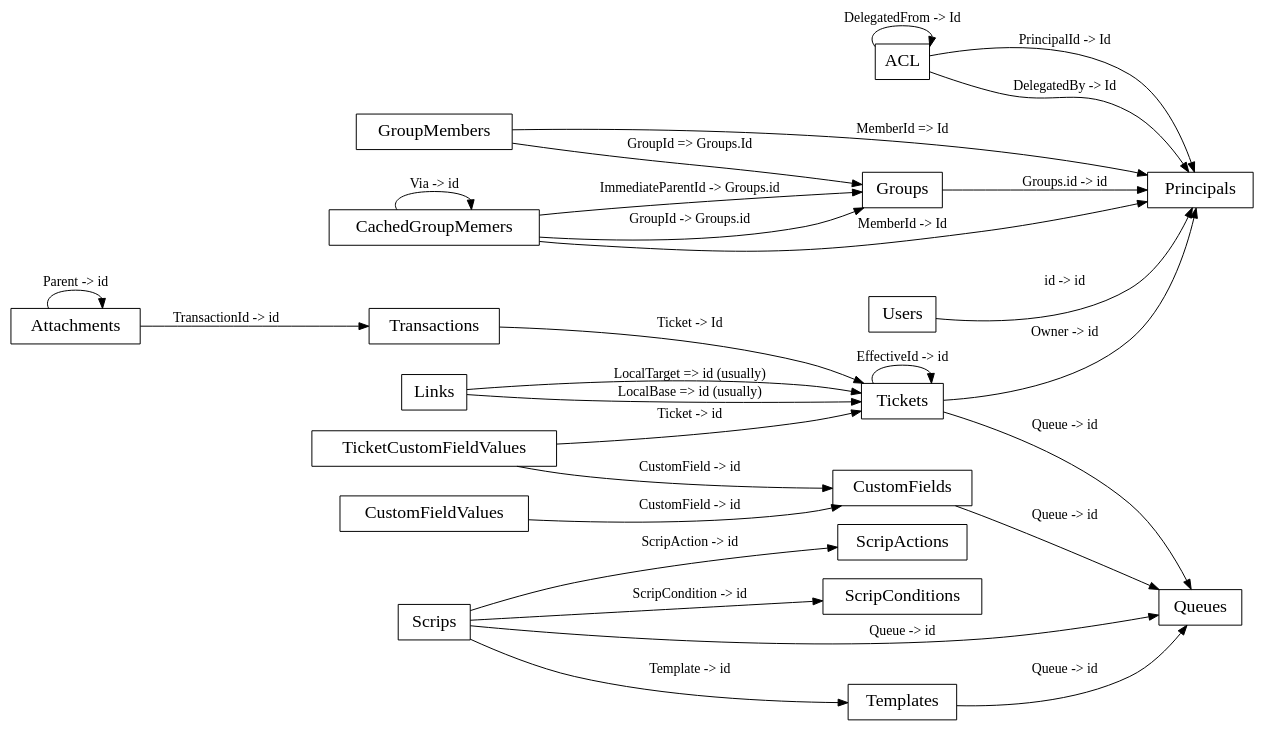
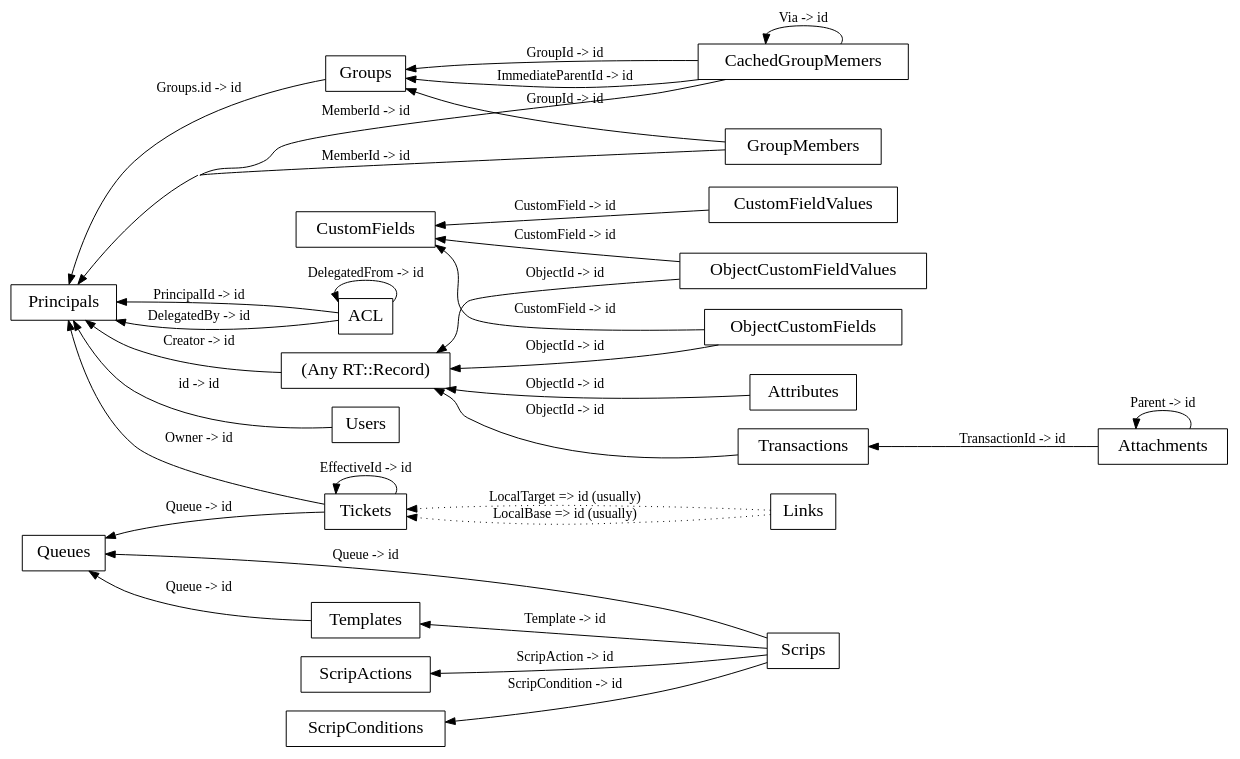
One commit to freeside/Freeside changed the diagram in rt/docs/rt3-schema-relationships.dot. Above: the diagram before and after it, drawn with Graphviz. The commit also changed 517 other files, not shown here.

```diff
--- a/rt/docs/rt3-schema-relationships.dot
+++ b/rt/docs/rt3-schema-relationships.dot
@@ -1,81 +1,89 @@
 digraph g {
 graph [
-rankdir = "LR",
-concentrate = true,
+rankdir = "RL",
+ concentrate = true,
 ratio = auto
 ];
 node [
 fontsize = "18",
 shape = record, fontsize = 18
 ];
 edge [
 ];
 
+"Records" [shape = record, fontsize = 18, label = "(Any RT::Record)" ];
+"Records" -> "Principals" [label = "Creator -> id"];
 "ACL" [shape = record, fontsize = 18, label = "<col0> \N " ];
-"ACL" -> "Principals" [label="PrincipalId -> Id"];
-"ACL" -> "Principals" [label="DelegatedBy -> Id"];
-"ACL" -> "ACL" [label="DelegatedFrom -> Id"];
+"ACL" -> "Principals" [label="PrincipalId -> id"];
+"ACL" -> "Principals" [label="DelegatedBy -> id"];
+"ACL" -> "ACL" [label="DelegatedFrom -> id"];
 
 "Attachments" [shape = record, fontsize = 18, label = "<col0> \N " ];
 "Attachments" -> "Transactions" [label="TransactionId -> id"];
 "Attachments" -> "Attachments" [label="Parent -> id"];
 
 "CachedGroupMemers" [shape = record, fontsize = 18, label = "<col0> \N " ];
-"CachedGroupMemers" -> "Groups" [label="GroupId -> Groups.id"];
-"CachedGroupMemers" -> "Principals" [label="MemberId -> Id"];
+"CachedGroupMemers" -> "Groups" [label="GroupId -> id", weight=2];
+"CachedGroupMemers" -> "Principals" [label="MemberId -> id"];
 "CachedGroupMemers" -> "CachedGroupMemers" [label="Via -> id"];
-"CachedGroupMemers" -> "Groups" [label="ImmediateParentId -> Groups.id"];
+"CachedGroupMemers" -> "Groups" [label="ImmediateParentId -> id"];
 
 "CustomFields" [shape = record, fontsize = 18, label = "<col0> \N " ];
-"CustomFields" -> "Queues" [label="Queue -> id"];
 
 "CustomFieldValues" [shape = record, fontsize = 18, label = "<col0> \N " ];
 "CustomFieldValues" -> "CustomFields" [label="CustomField -> id"];
 
 "GroupMembers" [shape = record, fontsize = 18, label = "<col0> \N " ];
-"GroupMembers" -> "Groups" [label="GroupId => Groups.Id"];
-"GroupMembers" -> "Principals" [label="MemberId => Id"];
+"GroupMembers" -> "Groups" [label="GroupId -> id", weight=2];
+"GroupMembers" -> "Principals" [label="MemberId -> id", weight = 2];
 
 "Groups" [shape = record, fontsize = 18, label = "<col0> \N " ];
 "Groups" -> "Principals" [label="Groups.id -> id"];
 
 "Links" [shape = record, fontsize = 18, label = "<col0> \N " ];
-"Links" -> "Tickets" [label="LocalBase => id (usually)"];
-"Links" -> "Tickets" [label="LocalTarget => id (usually)"];
+"Links" -> "Tickets" [label="LocalBase => id (usually)", style="dotted"];
+"Links" -> "Tickets" [label="LocalTarget => id (usually)", style="dotted"];
 
 "Principals" [shape = record, fontsize = 18, label = "<col0> \N " ];
 
+"Attributes" [shape = record, fontsize = 18, label = "<col0> \N " ];
+"Attributes" -> "Records" [label="ObjectId -> id"];
 
 "Queues" [shape = record, fontsize = 18, label = "<col0> \N " ];
 
 "ScripActions" [shape = record, fontsize = 18, label = "<col0> \N " ];
 
 "ScripConditions" [shape = record, fontsize = 18, label = "<col0> \N " ];
 
 "Scrips" [shape = record, fontsize = 18, label = "<col0> \N " ];
 "Scrips" -> "ScripConditions" [label="ScripCondition -> id"];
 "Scrips" -> "ScripActions" [label="ScripAction -> id"];
 "Scrips" -> "Templates" [label="Template -> id"];
 "Scrips" -> "Queues" [label="Queue -> id"];
 
 "Templates" [shape = record, fontsize = 18, label = "<col0> \N " ];
 "Templates" -> "Queues" [label ="Queue -> id" ];
 
-"TicketCustomFieldValues" [shape = record, fontsize = 18, label = "<col0> \N " ];
-"TicketCustomFieldValues" -> "Tickets" [label="Ticket -> id"];
-"TicketCustomFieldValues" -> "CustomFields" [label="CustomField -> id"];
+"ObjectCustomFields" [shape = record, fontsize = 18, label = "<col0> \N " ];
+"ObjectCustomFields" -> "CustomFields" [label="CustomField -> id"];
+"ObjectCustomFields" -> "Records" [label="ObjectId -> id"];
+
+"ObjectCustomFieldValues" [shape = record, fontsize = 18, label = "<col0> \N " ];
+"ObjectCustomFieldValues" -> "CustomFields" [label="CustomField -> id"];
+"ObjectCustomFieldValues" -> "Records" [label="ObjectId -> id"];
 
 "Tickets" [shape = record, fontsize = 18, label = "<col0> \N " ];
 "Tickets" -> "Tickets" [label="EffectiveId -> id"];
+"Tickets" -> "Principals" [label="Owner -> id"];
+"Queues" -> "Tickets" [style="invis"];
 "Tickets" -> "Queues" [label="Queue -> id"];
-"Tickets" -> "Principals" [label="Owner -> id"];
 
 "Transactions" [shape = record, fontsize = 18, label = "<col0> \N " ];
-"Transactions" -> "Tickets" [label="Ticket -> Id"];
+"Transactions" -> "Records" [label="ObjectId -> id"];
 
 "Users" [shape = record, fontsize = 18, label = "<col0> \N " ];
 
 "Users" -> "Principals" [label="id -> id"];
 
 
 }
```
